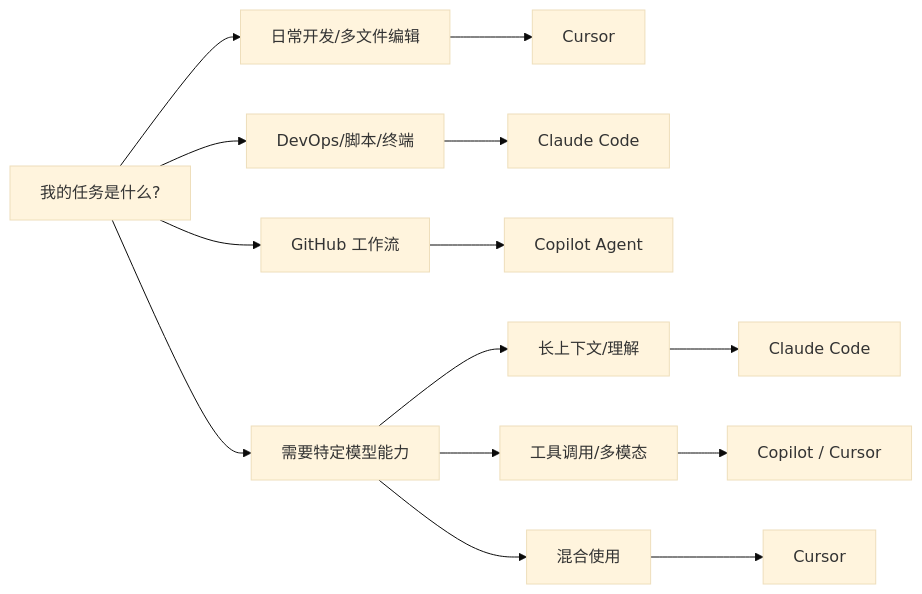
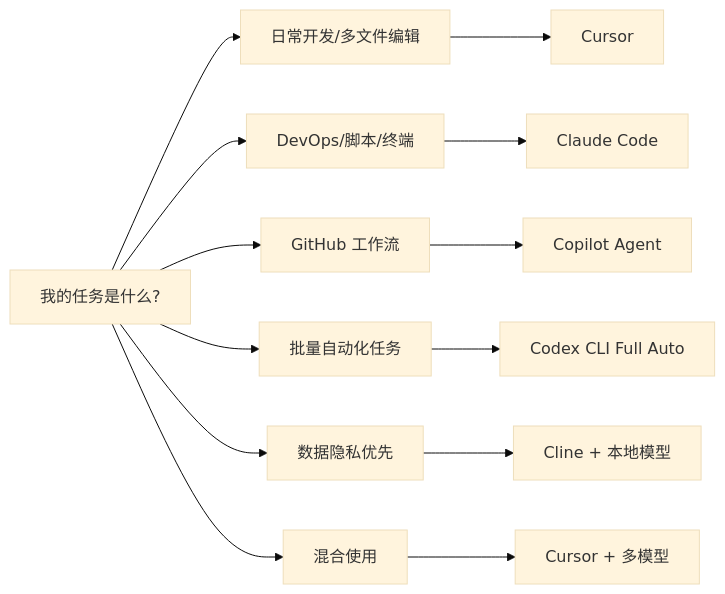
One commit to yeasy/agentic_ai_guide changed the first of 2 diagrams in 10_agentic_coding/10.3_tools.md. Above: the diagram before and after it, drawn with Mermaid (base theme). The commit also changed other lines of this file and 5 other files, not shown here.

````diff
--- a/10_agentic_coding/10.3_tools.md
+++ b/10_agentic_coding/10.3_tools.md
@@ -390,23 +498,22 @@
 ```mermaid
 graph LR
     Task[我的任务是什么?]
     
     Task --> Daily[日常开发/多文件编辑]
     Daily --> Cursor[Cursor]
     
     Task --> DevOps[DevOps/脚本/终端]
     DevOps --> Claude[Claude Code]
     
     Task --> GitHub[GitHub 工作流]
     GitHub --> Copilot[Copilot Agent]
     
-    Task --> Models[需要特定模型能力]
-    Models --> LongContext[长上下文/理解]
-    LongContext --> ClaudeCode[Claude Code]
+    Task --> Auto[批量自动化任务]
+    Auto --> Codex[Codex CLI Full Auto]
     
-    Models --> Tools[工具调用/多模态]
-    Tools --> GPT[Copilot / Cursor]
+    Task --> Privacy[数据隐私优先]
+    Privacy --> Cline[Cline + 本地模型]
     
-    Models --> Mix[混合使用]
-    Mix --> Multi[Cursor]
+    Task --> Mix[混合使用]
+    Mix --> Multi[Cursor + 多模型]
 ```
````
